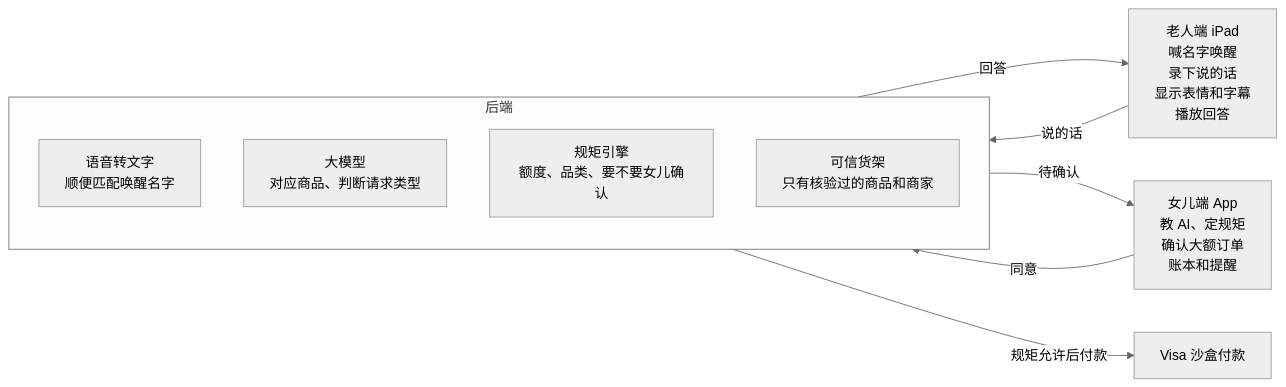
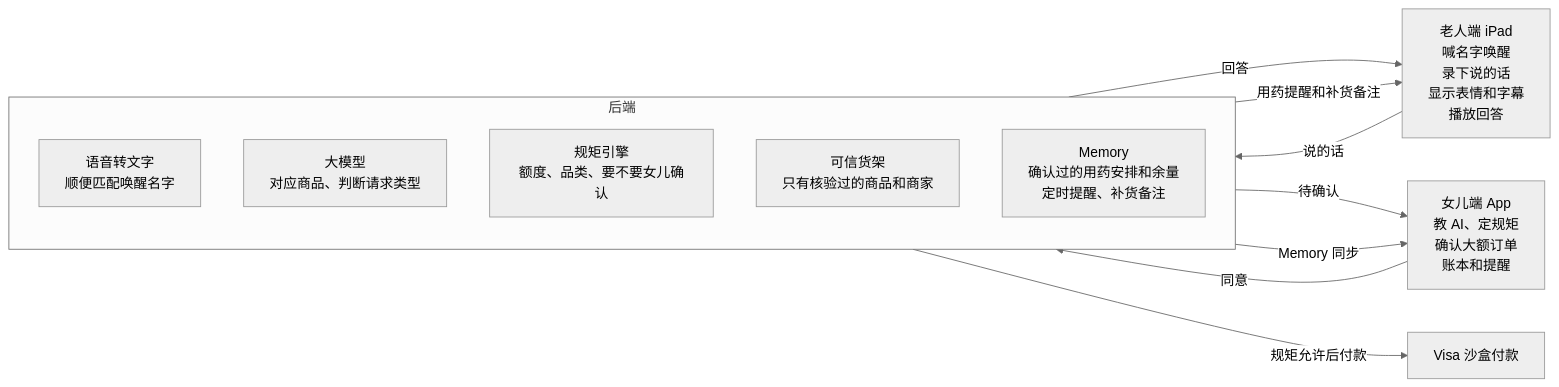
Before and after one commit to svedison/Dubhacks-26-Team-Meditation: the diagram in 产品方案.md, drawn with Mermaid (neutral theme). The commit also changed other lines of this file and 1 other file, not shown here.

First line of the commit message:
docs: add medication memory, reminders, and refill notes

````diff
--- a/产品方案.md
+++ b/产品方案.md
@@ -97,18 +115,21 @@
 ```mermaid
 flowchart LR
     P["老人端 iPad<br/>喊名字唤醒<br/>录下说的话<br/>显示表情和字幕<br/>播放回答"]
     subgraph S["后端"]
         direction TB
         S1["语音转文字<br/>顺便匹配唤醒名字"]
         S2["大模型<br/>对应商品、判断请求类型"]
         S3["规矩引擎<br/>额度、品类、要不要女儿确认"]
         S4["可信货架<br/>只有核验过的商品和商家"]
+        S5["Memory<br/>确认过的用药安排和余量<br/>定时提醒、补货备注"]
     end
     A["女儿端 App<br/>教 AI、定规矩<br/>确认大额订单<br/>账本和提醒"]
     V["Visa 沙盒付款"]
     P -- 说的话 --> S
     S -- 回答 --> P
     S -- 待确认 --> A
+    S -- 用药提醒和补货备注 --> P
+    S -- Memory 同步 --> A
     A -- 同意 --> S
     S -- 规矩允许后付款 --> V
 ```
````
